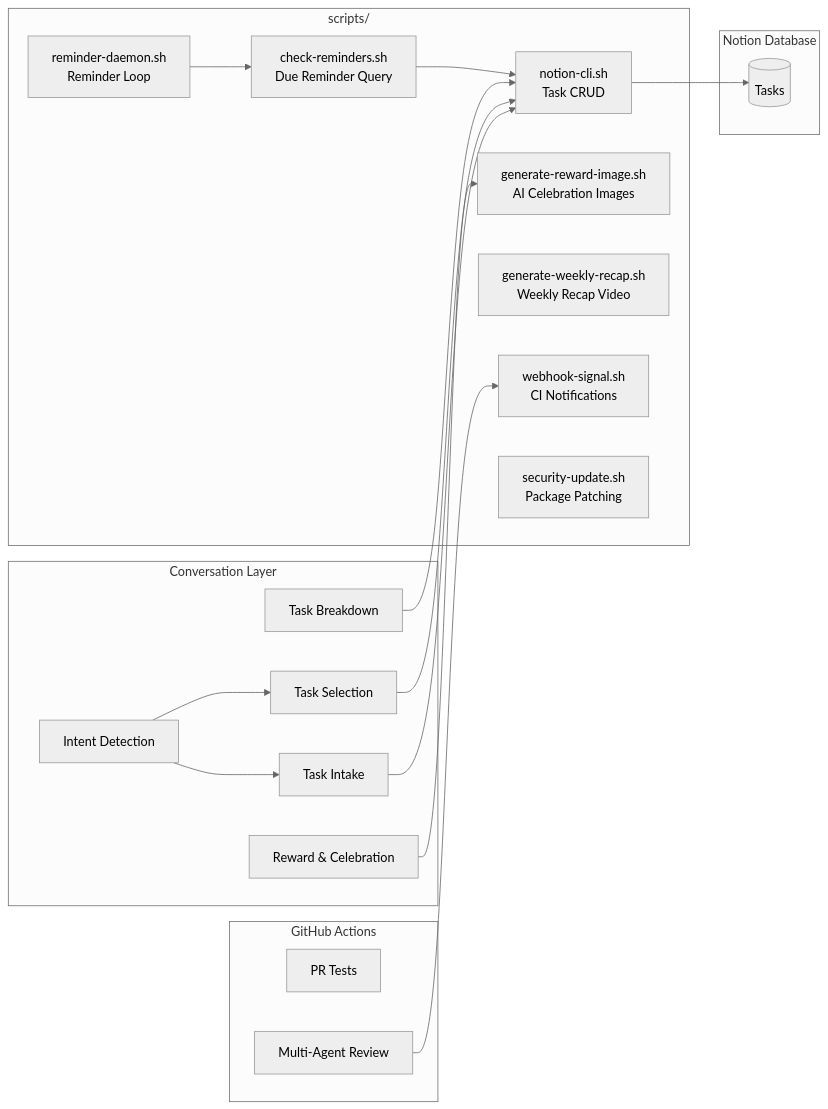
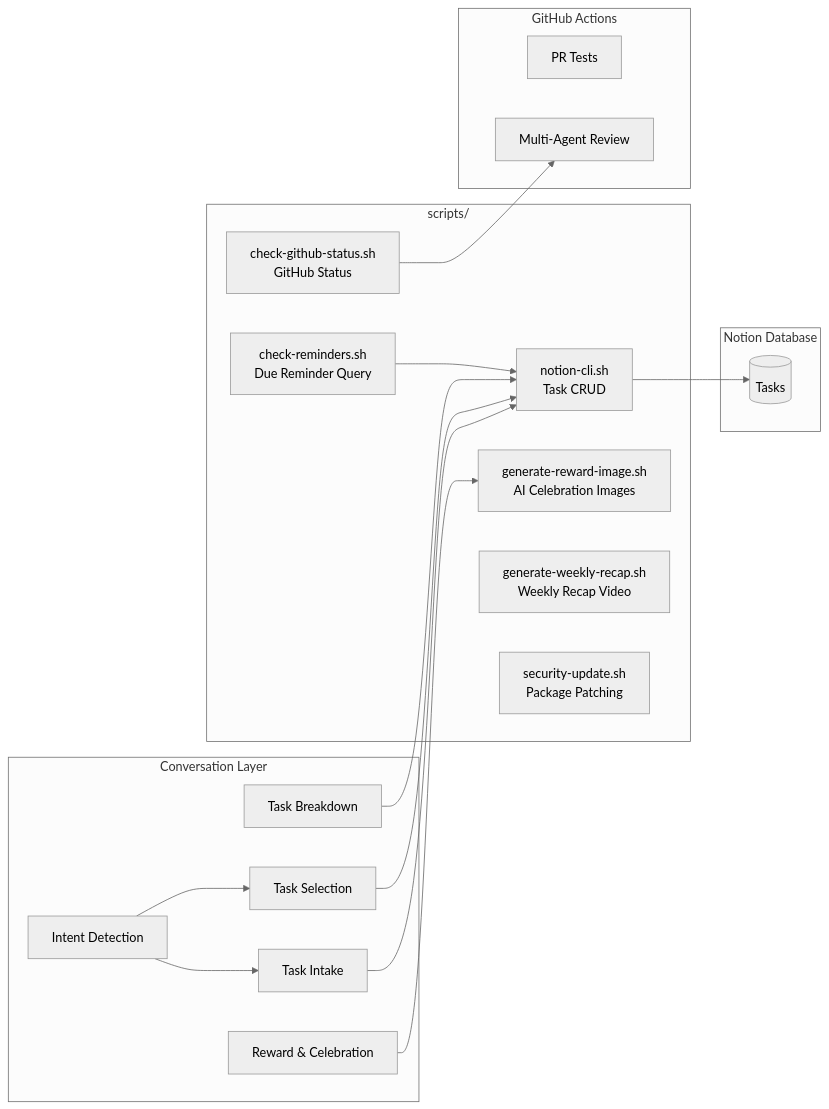
One commit to NickBorgersProbably/hide-my-list changed the second of 6 diagrams in docs/architecture.md. Above: the diagram before and after it, drawn with Mermaid (neutral theme). The commit also changed other lines of this file and 20 other files, not shown here.

````diff
--- a/docs/architecture.md
+++ b/docs/architecture.md
@@ -60,40 +63,38 @@
 ```mermaid
 flowchart LR
     subgraph Prompts["Conversation Layer"]
         Intent[Intent Detection]
         Intake[Task Intake]
         Selection[Task Selection]
         Breakdown[Task Breakdown]
         Reward[Reward & Celebration]
     end
 
     subgraph Scripts["scripts/"]
         NotionCLI[notion-cli.sh<br/>Task CRUD]
         RewardImg[generate-reward-image.sh<br/>AI Celebration Images]
         RecapVid[generate-weekly-recap.sh<br/>Weekly Recap Video]
-        ReminderDaemon[reminder-daemon.sh<br/>Reminder Loop]
         ReminderCheck[check-reminders.sh<br/>Due Reminder Query]
-        WebhookSig[webhook-signal.sh<br/>CI Notifications]
+        GHStatus[check-github-status.sh<br/>GitHub Status]
         SecUpdate[security-update.sh<br/>Package Patching]
     end
 
     subgraph Storage["Notion Database"]
         Tasks[(Tasks)]
     end
 
     subgraph CI["GitHub Actions"]
         PRTests[PR Tests]
         Review[Multi-Agent Review]
     end
 
     Intent --> Intake
     Intent --> Selection
     Intake --> NotionCLI
     Selection --> NotionCLI
     NotionCLI --> Tasks
     Breakdown --> NotionCLI
     Reward --> RewardImg
-    ReminderDaemon --> ReminderCheck
     ReminderCheck --> NotionCLI
-    Review --> WebhookSig
+    GHStatus --> Review
 ```
````
